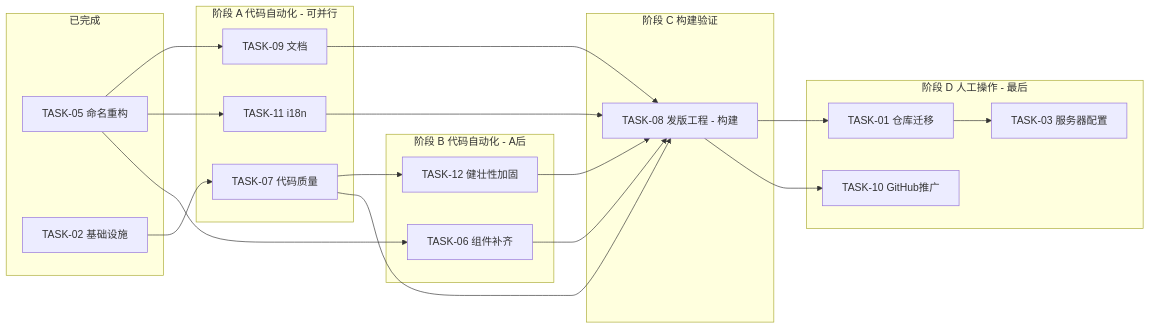
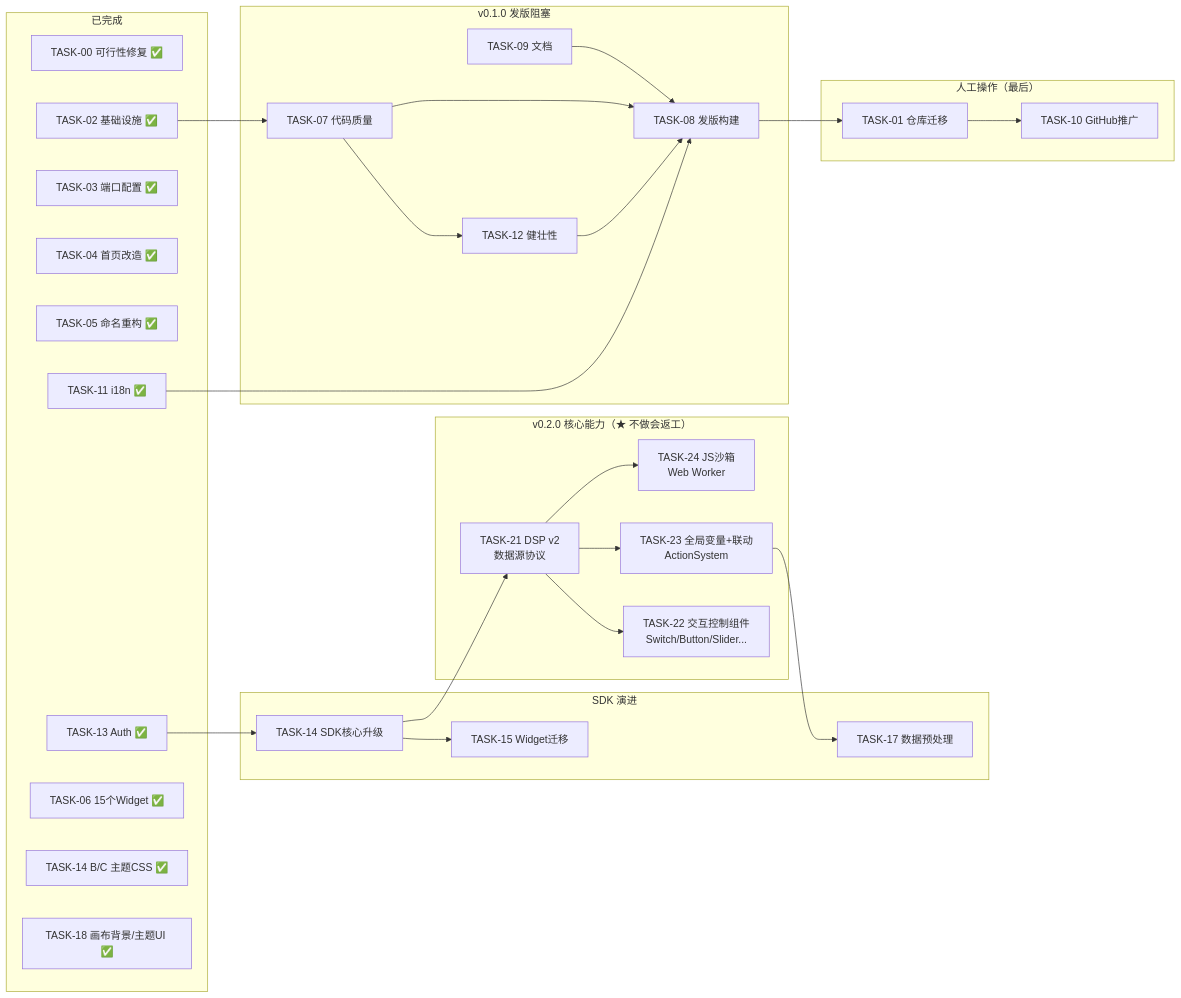
The diagram in docs/dev-tasks/RELEASE-OVERVIEW-上线全景图.md (ThingsPanel/thingsvis), drawn with Mermaid before and after one commit. The commit also changed other lines of this file and 35 other files, not shown here.

Commit message:
feat: Implement core widget system, including SDK, schema definitions, rendering engine, and initial widget components for studio integration.

````diff
--- a/docs/dev-tasks/RELEASE-OVERVIEW-上线全景图.md
+++ b/docs/dev-tasks/RELEASE-OVERVIEW-上线全景图.md
@@ -40,42 +56,57 @@
 ```mermaid
 graph LR
   subgraph "已完成"
-    T05["TASK-05 命名重构"]
-    T07_dep["TASK-02 基础设施"]
+    T00["TASK-00 可行性修复 ✅"]
+    T02["TASK-02 基础设施 ✅"]
+    T03["TASK-03 端口配置 ✅"]
+    T04["TASK-04 首页改造 ✅"]
+    T05["TASK-05 命名重构 ✅"]
+    T11["TASK-11 i18n ✅"]
+    T13["TASK-13 Auth ✅"]
+    T06["TASK-06 15个Widget ✅"]
+    T14BC["TASK-14 B/C 主题CSS ✅"]
+    T18["TASK-18 画布背景/主题UI ✅"]
   end
 
-  subgraph "阶段 A 代码自动化 - 可并行"
+  subgraph "v0.1.0 发版阻塞"
     T07["TASK-07 代码质量"]
-    T11["TASK-11 i18n"]
     T09["TASK-09 文档"]
+    T12["TASK-12 健壮性"]
+    T08["TASK-08 发版构建"]
   end
 
-  subgraph "阶段 B 代码自动化 - A后"
-    T12["TASK-12 健壮性加固"]
-    T06["TASK-06 组件补齐"]
+  subgraph "v0.2.0 核心能力（★ 不做会返工）"
+    T21["TASK-21 DSP v2\n数据源协议"]
+    T22["TASK-22 交互控制组件\nSwitch/Button/Slider..."]
+    T23["TASK-23 全局变量+联动\nActionSystem"]
+    T24["TASK-24 JS沙箱\nWeb Worker"]
   end
 
-  subgraph "阶段 C 构建验证"
-    T08["TASK-08 发版工程 - 构建"]
+  subgraph "SDK 演进"
+    T14["TASK-14 SDK核心升级"]
+    T15["TASK-15 Widget迁移"]
+    T17["TASK-17 数据预处理"]
   end
 
-  subgraph "阶段 D 人工操作 - 最后"
+  subgraph "人工操作（最后）"
     T01["TASK-01 仓库迁移"]
-    T03["TASK-03 服务器配置"]
     T10["TASK-10 GitHub推广"]
   end
 
-  T07_dep --> T07
-  T05 --> T09
-  T05 --> T11
-  T05 --> T06
+  T02 --> T07
   T07 --> T12
   T07 --> T08
   T09 --> T08
   T11 --> T08
-  T06 --> T08
   T12 --> T08
   T08 --> T01
-  T01 --> T03
-  T08 --> T10
+  T01 --> T10
+
+  T13 --> T14
+  T14 --> T15
+  T14 --> T21
+  T21 --> T22
+  T21 --> T23
+  T21 --> T24
+  T23 --> T17
 ```
````
